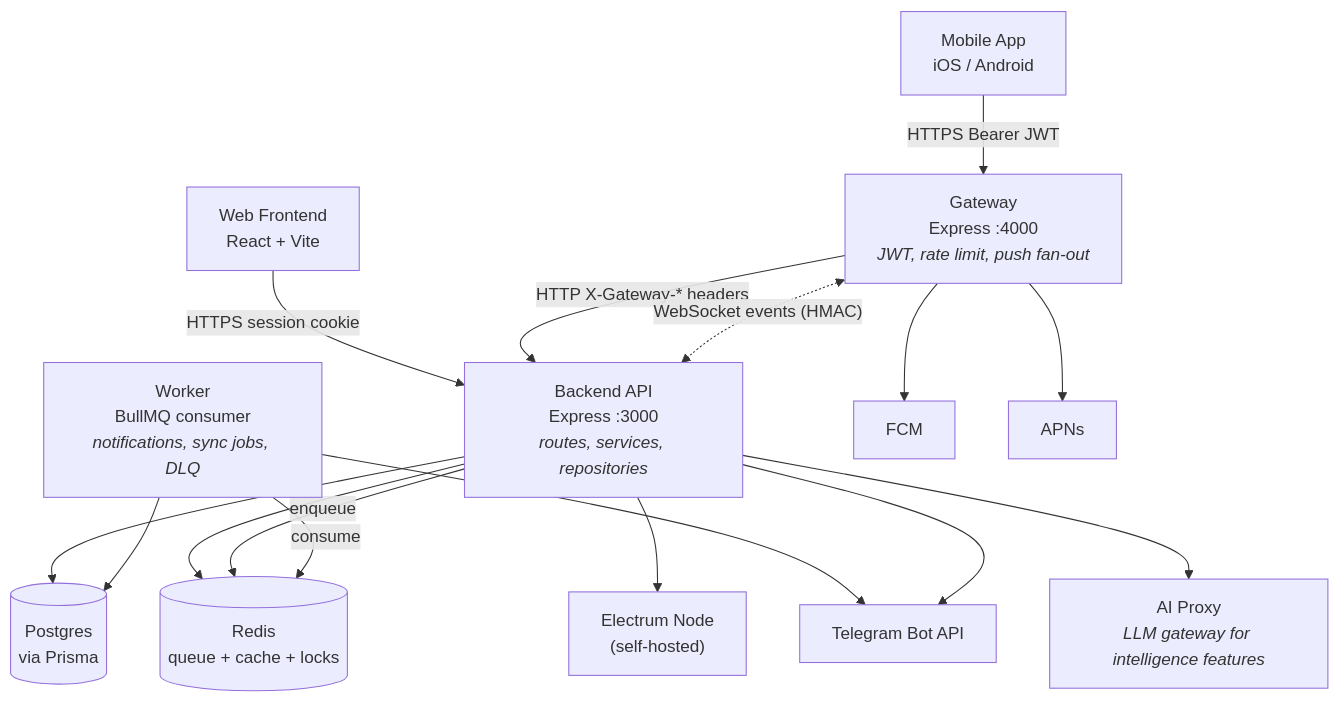
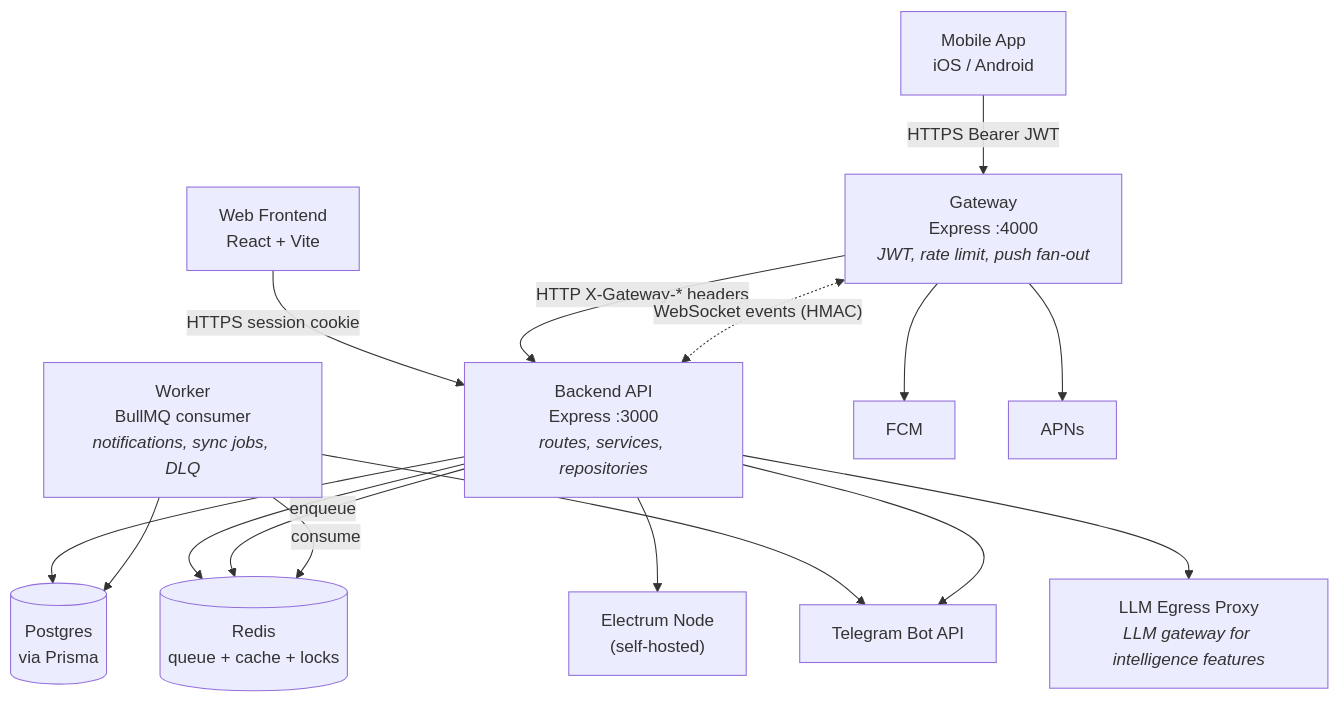
One commit to nekoguntai-castle/sanctuary changed the diagram in docs/architecture/containers.md. Above: the diagram before and after it, drawn with Mermaid. The commit also changed 258 other files, not shown here.

Commit message:
Rename AI proxy as LLM egress proxy

````diff
--- a/docs/architecture/containers.md
+++ b/docs/architecture/containers.md
@@ -5,44 +5,44 @@
 ```mermaid
 graph TD
     Mobile["Mobile App<br/>iOS / Android"]
     Web["Web Frontend<br/>React + Vite"]
 
     Gateway["Gateway<br/>Express :4000<br/><i>JWT, rate limit, push fan-out</i>"]
     Backend["Backend API<br/>Express :3000<br/><i>routes, services, repositories</i>"]
     Worker["Worker<br/>BullMQ consumer<br/><i>notifications, sync jobs, DLQ</i>"]
-    AiProxy["AI Proxy<br/><i>LLM gateway for intelligence features</i>"]
+    AiProxy["LLM Egress Proxy<br/><i>LLM gateway for intelligence features</i>"]
 
     Postgres[(Postgres<br/>via Prisma)]
     Redis[(Redis<br/>queue + cache + locks)]
     Electrum["Electrum Node<br/>(self-hosted)"]
 
     FCM["FCM"]
     APNs["APNs"]
     Telegram["Telegram Bot API"]
 
     Mobile -- "HTTPS Bearer JWT" --> Gateway
     Web -- "HTTPS session cookie" --> Backend
     Gateway -- "HTTP X-Gateway-* headers" --> Backend
     Gateway <-. "WebSocket events (HMAC)" .-> Backend
 
     Backend --> Postgres
     Backend --> Redis
     Backend --> Electrum
     Backend -- "enqueue" --> Redis
     Worker -- "consume" --> Redis
     Worker --> Postgres
     Worker --> Telegram
     Backend --> Telegram
     Backend --> AiProxy
 
     Gateway --> FCM
     Gateway --> APNs
 
     click Mobile href "../../README.md" "Mobile app repo"
     click Web href "../../src/" "Web frontend source"
     click Gateway href "../../gateway/ARCHITECTURE.md" "Gateway architecture"
     click Backend href "../../server/ARCHITECTURE.md" "Backend architecture"
     click Worker href "../../server/src/worker.ts" "Worker entry point"
-    click AiProxy href "../../ai-proxy/ARCHITECTURE.md" "AI proxy architecture"
+    click AiProxy href "../../llm-egress-proxy/ARCHITECTURE.md" "LLM egress proxy architecture"
     click Telegram href "notification-pipeline.md" "Notification component view"
 ```
````
